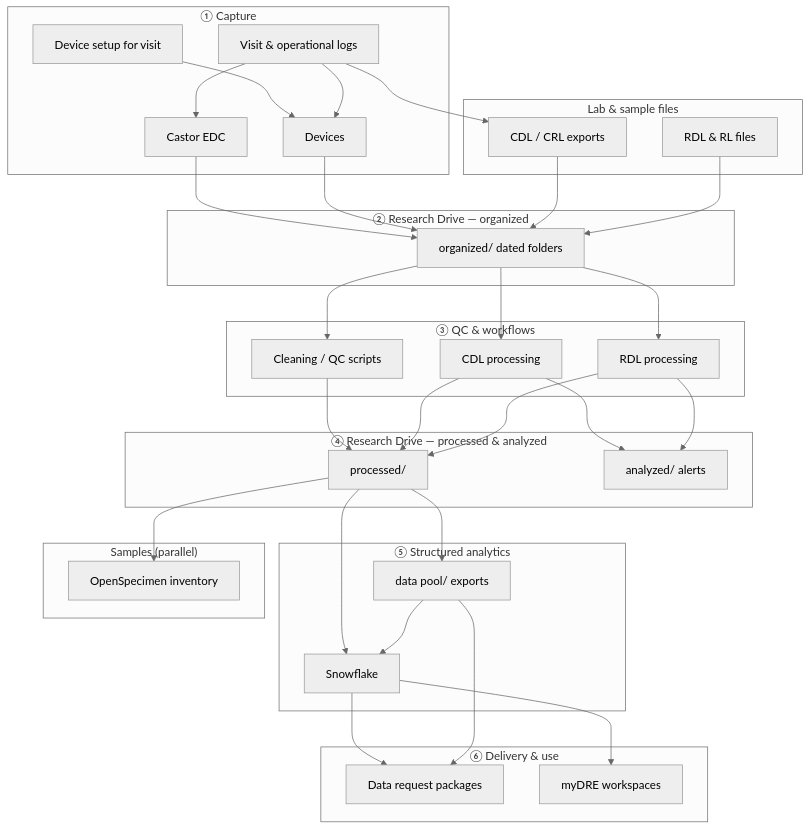
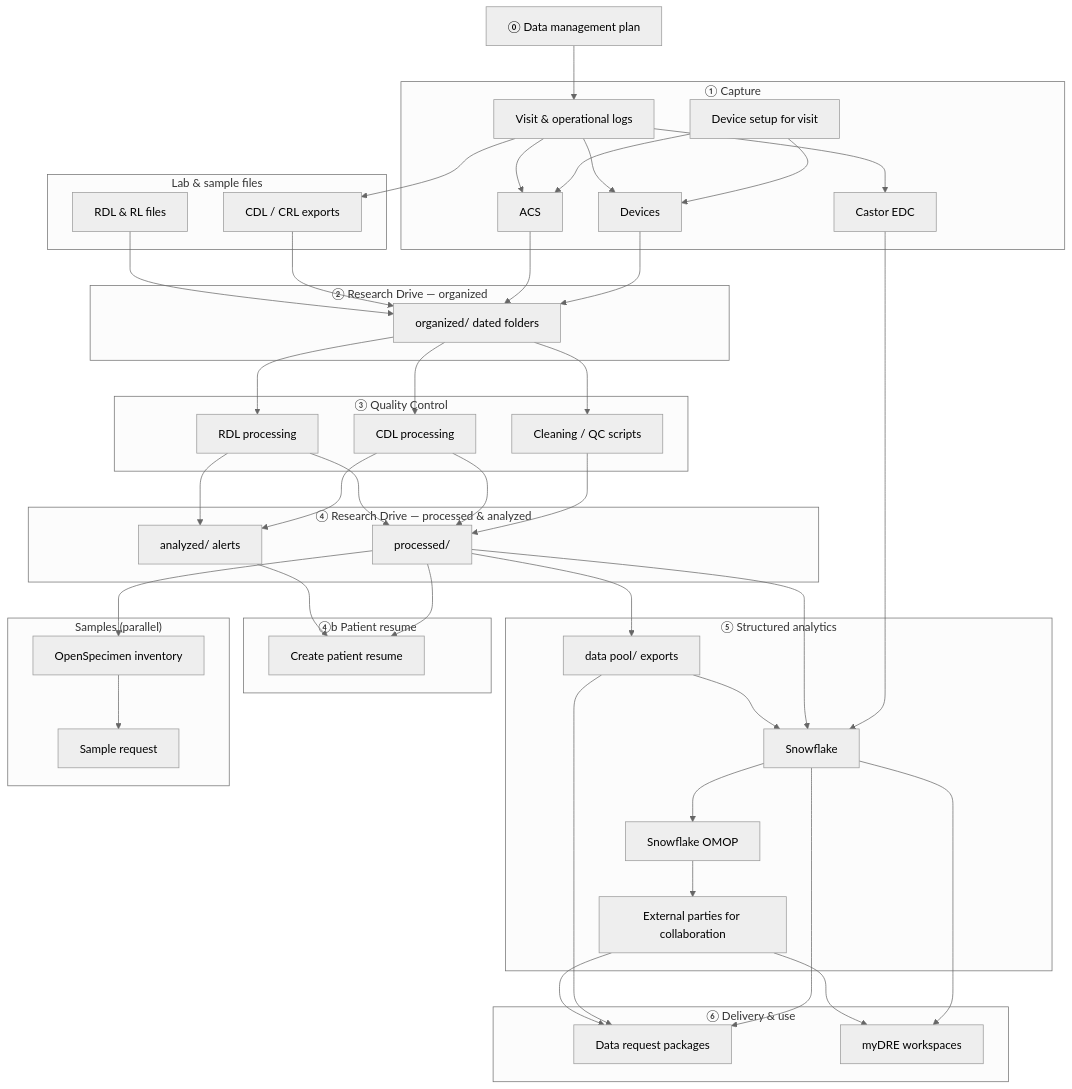
The diagram in docs/index.md (nmcb-fair/nmcb-handover-docs), drawn with Mermaid (neutral theme) before and after one commit. The commit also changed other lines of this file and 2 other files, not shown here.

Commit message:
Add new flows

````diff
--- a/docs/index.md
+++ b/docs/index.md
@@ -15,9 +15,12 @@
 ```mermaid
 flowchart TB
+  DMP["⓪ Data management plan"]
+
   subgraph CAP["① Capture"]
     VISIT["Visit & operational logs"]
     CASTOR["Castor EDC"]
     DEVICES["Devices"]
+    ACS["ACS"]
     SETUP["Device setup for visit"]
   end
 
@@ -30,7 +33,7 @@
     RDORG["organized/ dated folders"]
   end
 
-  subgraph WRK["③ QC & workflows"]
+  subgraph WRK["③ Quality Control"]
     QC["Cleaning / QC scripts"]
     WCDL["CDL processing"]
     WRDL["RDL processing"]
@@ -41,9 +44,15 @@
     RDAN["analyzed/ alerts"]
   end
 
+  subgraph PRESUM["④b Patient resume"]
+    PRES["Create patient resume"]
+  end
+
   subgraph STR["⑤ Structured analytics"]
     POOL["data pool/ exports"]
     SF["Snowflake"]
+    SFOMOP["Snowflake OMOP"]
+    EXT["External parties for collaboration"]
   end
 
   subgraph OUT["⑥ Delivery & use"]
@@ -53,14 +62,19 @@
 
   subgraph SMP["Samples (parallel)"]
     OS["OpenSpecimen inventory"]
+    SREQ["Sample request"]
   end
 
+  DMP --> VISIT
   SETUP --> DEVICES
+  SETUP --> ACS
   VISIT --> CASTOR
   VISIT --> DEVICES
+  VISIT --> ACS
   VISIT --> CDL
-  CASTOR --> RDORG
+  CASTOR --> SF
   DEVICES --> RDORG
+  ACS --> RDORG
   CDL --> RDORG
   RDL --> RDORG
   RDORG --> QC
@@ -71,17 +85,26 @@
   WCDL --> RDAN
   WRDL --> RDPROC
   WRDL --> RDAN
+  RDPROC --> PRES
+  RDAN --> PRES
   RDPROC --> POOL
   RDPROC --> SF
   POOL --> SF
+  SF --> SFOMOP
+  SFOMOP --> EXT
   SF --> DREQ
   SF --> MYDRE
   POOL --> DREQ
+  EXT --> DREQ
+  EXT --> MYDRE
   RDPROC --> OS
+  OS --> SREQ
 
+  click DMP "tasks/data-management-plan/" "Data management plan"
   click VISIT "workflows/recurring-routines/" "Recurring study routines"
   click CASTOR "systems/castor/" "Castor EDC"
   click DEVICES "systems/devices/" "Devices"
+  click ACS "tasks/acs-data-clean/" "ACS data clean"
   click SETUP "workflows/device-setup-for-visit/" "Device setup for visit"
   click CDL "workflows/cdl-alert-workflow/" "CDL alert workflow"
   click RDL "workflows/rdl-alert-workflow/" "RDL alert workflow"
@@ -91,9 +114,13 @@
   click WRDL "workflows/rdl-alert-workflow/" "RDL processing"
   click RDPROC "where-data-lives/" "Where data lives — processed"
   click RDAN "where-data-lives/" "Where data lives — analyzed"
+  click PRES "tasks/patient-resume/" "Patient resume"
   click POOL "tasks/data-request/" "Data request — data pool"
   click SF "systems/snowflake/" "Snowflake"
+  click SFOMOP "fair/omop-mapping/" "OMOP CDM mapping"
+  click EXT "tasks/data-request/" "External parties — data request"
   click DREQ "tasks/data-request/" "Data request task"
   click MYDRE "systems/mydre/" "myDRE"
   click OS "systems/openspecimen/" "OpenSpecimen"
+  click SREQ "tasks/sample-request/" "Sample request"
 ```
````
